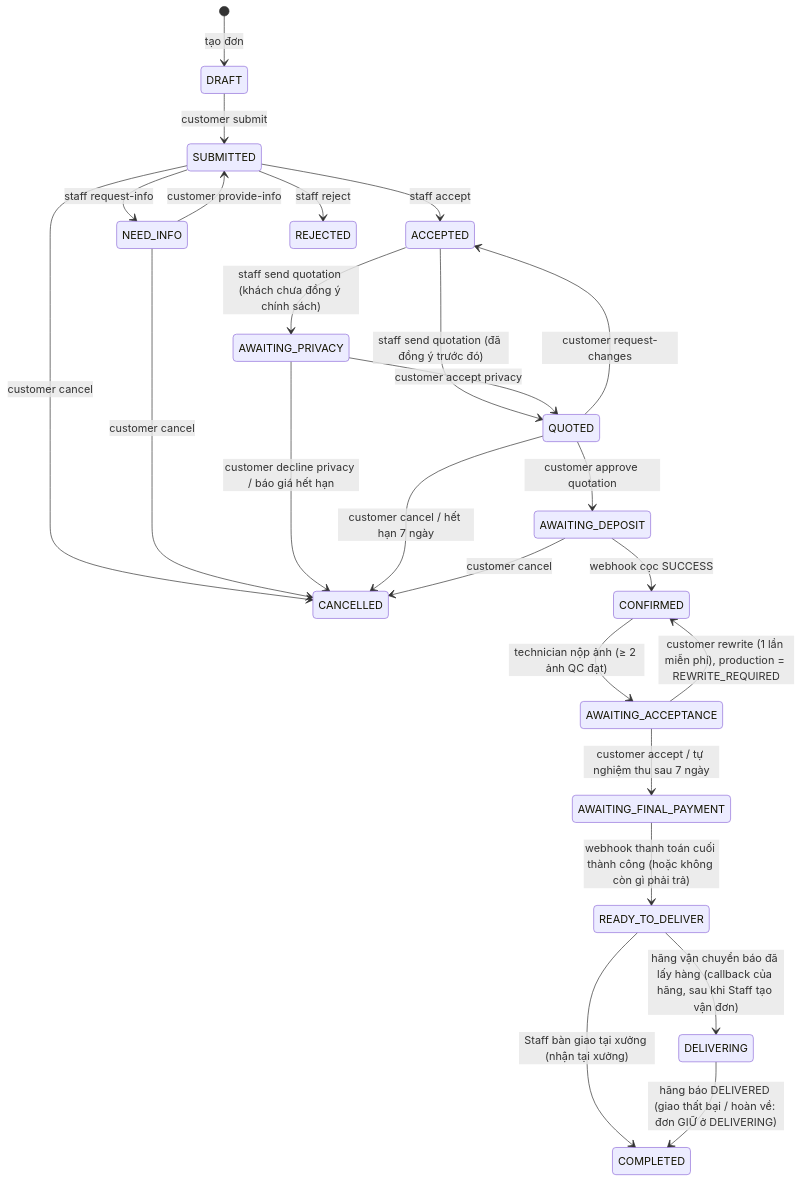
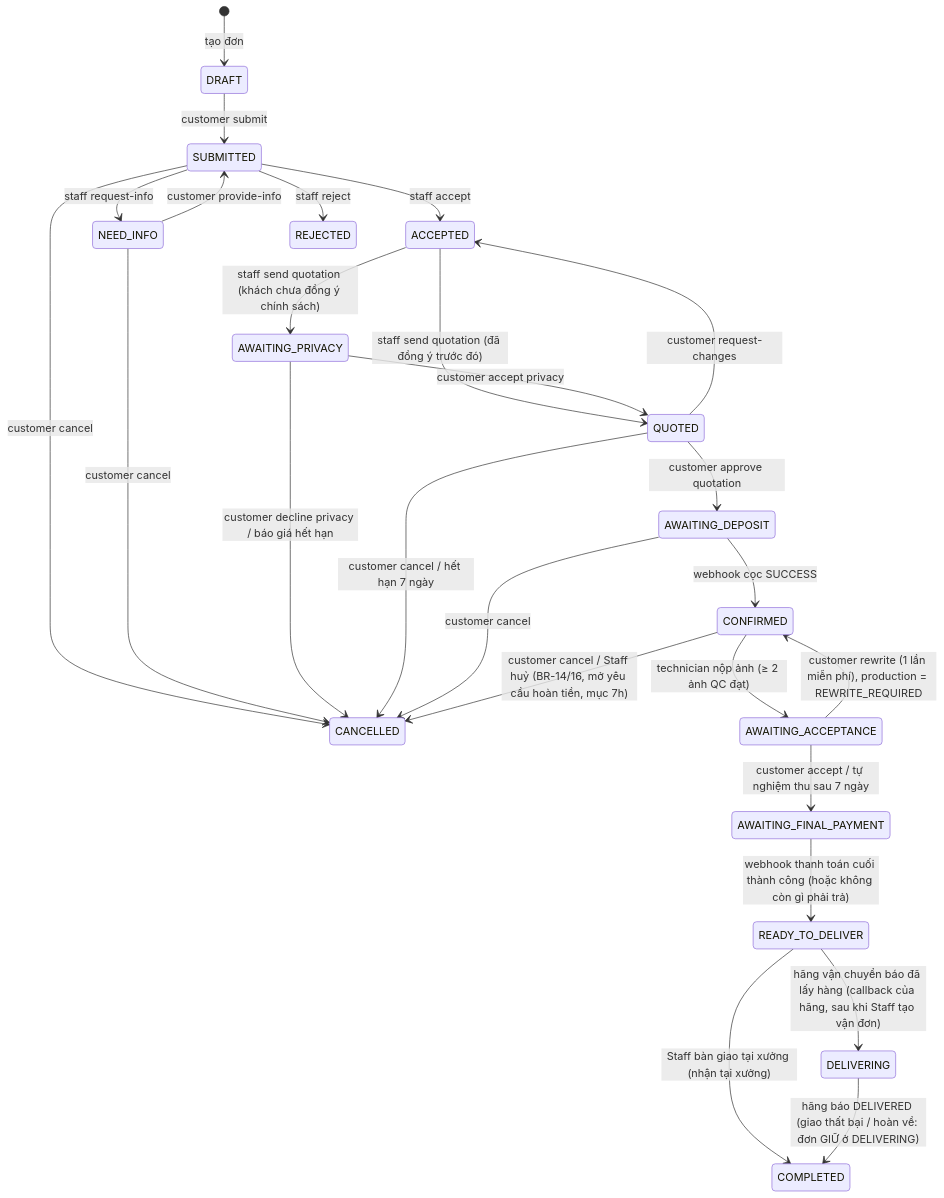
Before and after one commit to Khoa-213/AI-VHRS: the diagram in BE/docs/FE_API_GUIDE.md, drawn with Mermaid. The commit also changed other lines of this file and 20 other files, not shown here.

````diff
--- a/BE/docs/FE_API_GUIDE.md
+++ b/BE/docs/FE_API_GUIDE.md
@@ -134,27 +134,28 @@
 ```mermaid
 stateDiagram-v2
   [*] --> DRAFT: tạo đơn
   DRAFT --> SUBMITTED: customer submit
   SUBMITTED --> ACCEPTED: staff accept
   SUBMITTED --> NEED_INFO: staff request-info
   SUBMITTED --> REJECTED: staff reject
   NEED_INFO --> SUBMITTED: customer provide-info
   SUBMITTED --> CANCELLED: customer cancel
   NEED_INFO --> CANCELLED: customer cancel
   ACCEPTED --> AWAITING_PRIVACY: staff send quotation (khách chưa đồng ý chính sách)
   ACCEPTED --> QUOTED: staff send quotation (đã đồng ý trước đó)
   AWAITING_PRIVACY --> QUOTED: customer accept privacy
   AWAITING_PRIVACY --> CANCELLED: customer decline privacy / báo giá hết hạn
   QUOTED --> ACCEPTED: customer request-changes
   QUOTED --> AWAITING_DEPOSIT: customer approve quotation
   QUOTED --> CANCELLED: customer cancel / hết hạn 7 ngày
   AWAITING_DEPOSIT --> CONFIRMED: webhook cọc SUCCESS
   AWAITING_DEPOSIT --> CANCELLED: customer cancel
   CONFIRMED --> AWAITING_ACCEPTANCE: technician nộp ảnh (≥ 2 ảnh QC đạt)
+  CONFIRMED --> CANCELLED: customer cancel / Staff huỷ (BR-14/16, mở yêu cầu hoàn tiền, mục 7h)
   AWAITING_ACCEPTANCE --> AWAITING_FINAL_PAYMENT: customer accept / tự nghiệm thu sau 7 ngày
   AWAITING_ACCEPTANCE --> CONFIRMED: customer rewrite (1 lần miễn phí), production = REWRITE_REQUIRED
   AWAITING_FINAL_PAYMENT --> READY_TO_DELIVER: webhook thanh toán cuối thành công (hoặc không còn gì phải trả)
   READY_TO_DELIVER --> COMPLETED: Staff bàn giao tại xưởng (nhận tại xưởng)
   READY_TO_DELIVER --> DELIVERING: hãng vận chuyển báo đã lấy hàng (callback của hãng, sau khi Staff tạo vận đơn)
   DELIVERING --> COMPLETED: hãng báo DELIVERED (giao thất bại / hoàn về: đơn GIỮ ở DELIVERING)
 ```
````
